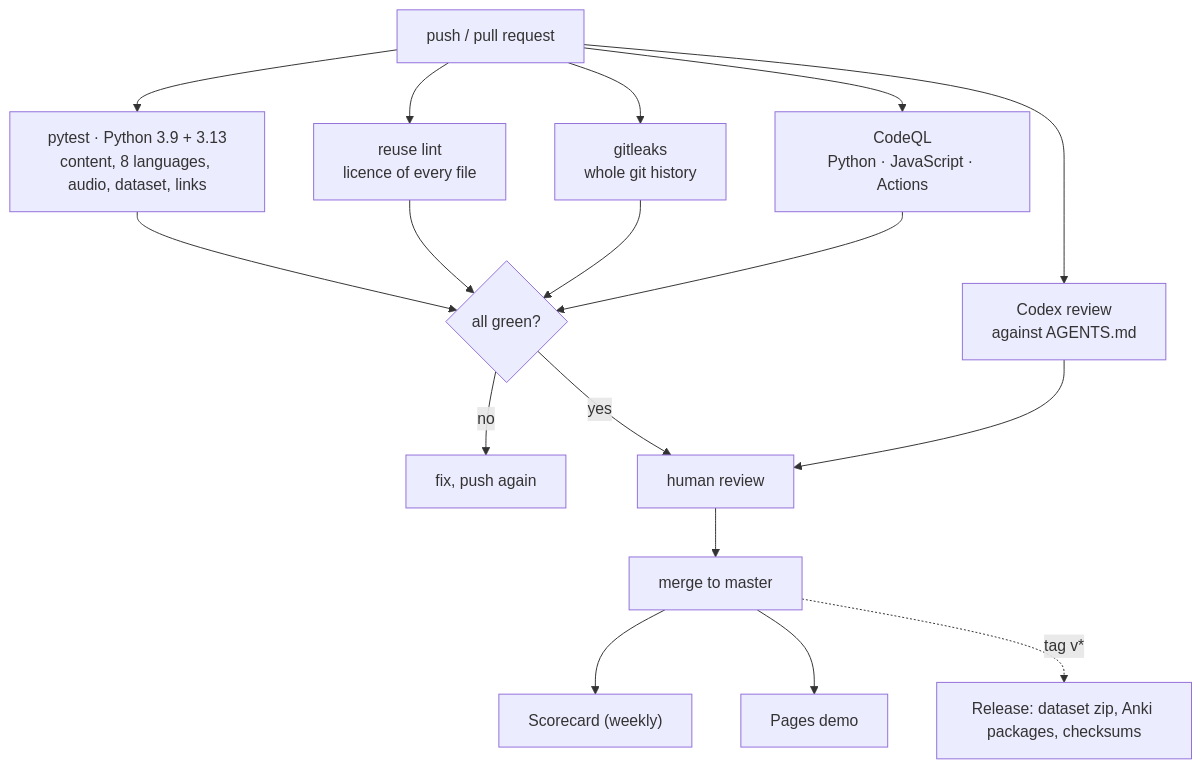
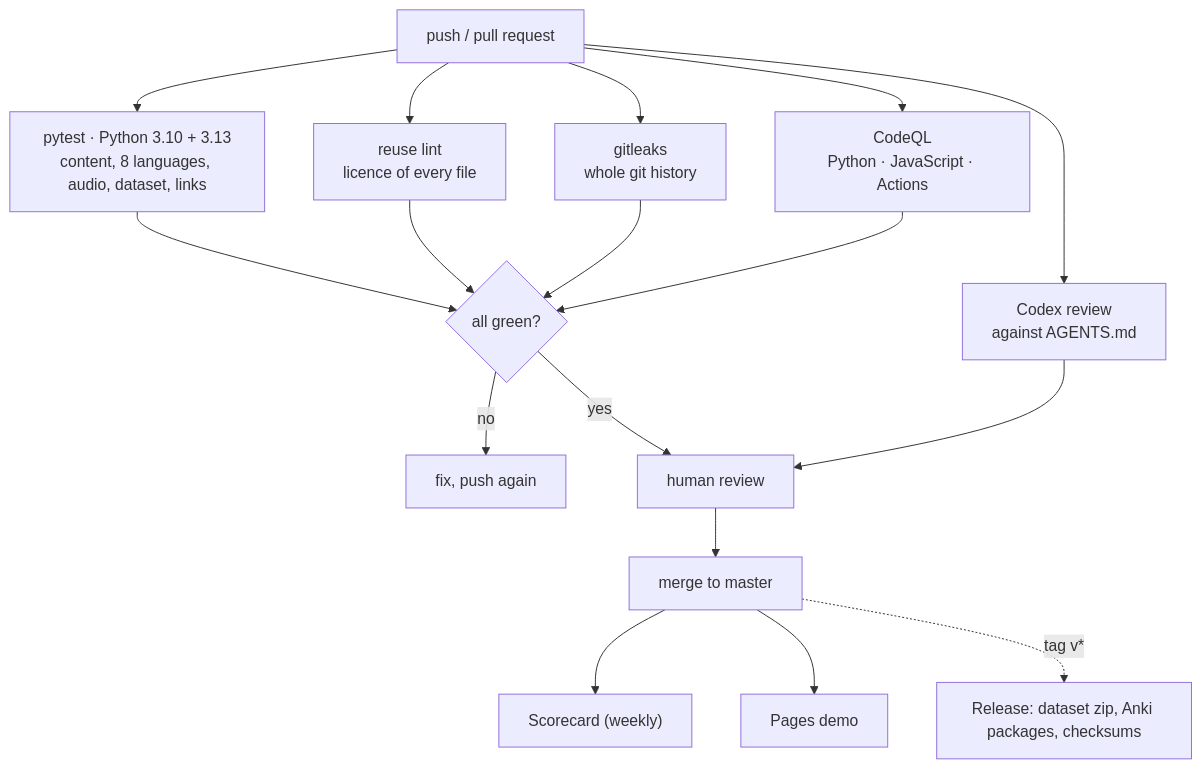
The third of 3 diagrams in docs/ARCHITECTURE.md (zmaj-lernapp/zmaj), drawn with Mermaid before and after one commit. The commit also changed other lines of this file and 6 other files, not shown here.

````diff
--- a/docs/ARCHITECTURE.md
+++ b/docs/ARCHITECTURE.md
@@ -110,16 +110,16 @@
 ```mermaid
 flowchart TB
   P[push / pull request] --> T & R & K & Q & X
-  T["pytest · Python 3.9 + 3.13<br/>content, 8 languages, audio, dataset, links"]
+  T["pytest · Python 3.10 + 3.13<br/>content, 8 languages, audio, dataset, links"]
   R["reuse lint<br/>licence of every file"]
   K["gitleaks<br/>whole git history"]
   Q["CodeQL<br/>Python · JavaScript · Actions"]
   X["Codex review<br/>against AGENTS.md"]
   T & R & K & Q --> G{all green?}
   G -- no --> F[fix, push again]
   G -- yes --> H[human review]
   X --> H
   H --> M[merge to master]
   M --> SC["Scorecard (weekly)"] & D[Pages demo] 
   M -. tag v* .-> REL[Release: dataset zip, Anki packages, checksums]
 ```
````
